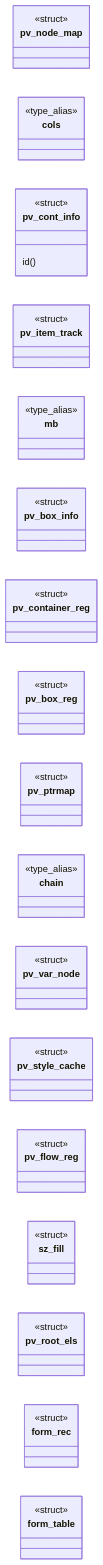
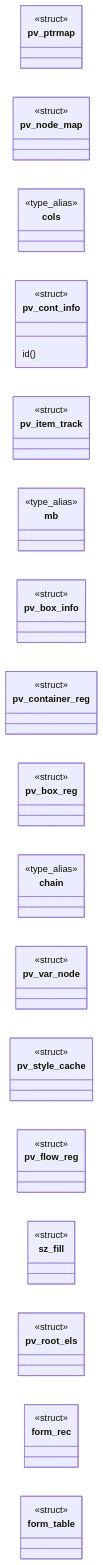
One commit to grisuno/FreeDom changed the first of 2 diagrams in readmenator-apidocs/modules/src.page_view.c.md. Above: the diagram before and after it, drawn with Mermaid. The commit also changed other lines of this file and 262 other files, not shown here.

````diff
--- a/readmenator-apidocs/modules/src.page_view.c.md
+++ b/readmenator-apidocs/modules/src.page_view.c.md
@@ -14,41 +14,41 @@
 ```mermaid
 classDiagram
     direction LR
+    class pv_ptrmap
+    <<struct>> pv_ptrmap
     class pv_node_map
     <<struct>> pv_node_map
     class cols
     <<type_alias>> cols
     class pv_cont_info
     <<struct>> pv_cont_info
     pv_cont_info : id()
     class pv_item_track
     <<struct>> pv_item_track
     class mb
     <<type_alias>> mb
     class pv_box_info
     <<struct>> pv_box_info
     class pv_container_reg
     <<struct>> pv_container_reg
     class pv_box_reg
     <<struct>> pv_box_reg
-    class pv_ptrmap
-    <<struct>> pv_ptrmap
     class chain
     <<type_alias>> chain
     class pv_var_node
     <<struct>> pv_var_node
     class pv_style_cache
     <<struct>> pv_style_cache
     class pv_flow_reg
     <<struct>> pv_flow_reg
     class sz_fill
     <<struct>> sz_fill
     class pv_root_els
     <<struct>> pv_root_els
     class form_rec
     <<struct>> form_rec
     class form_table
     <<struct>> form_table
     class pv_flow_reg
     <<struct>> pv_flow_reg
 ```
````
